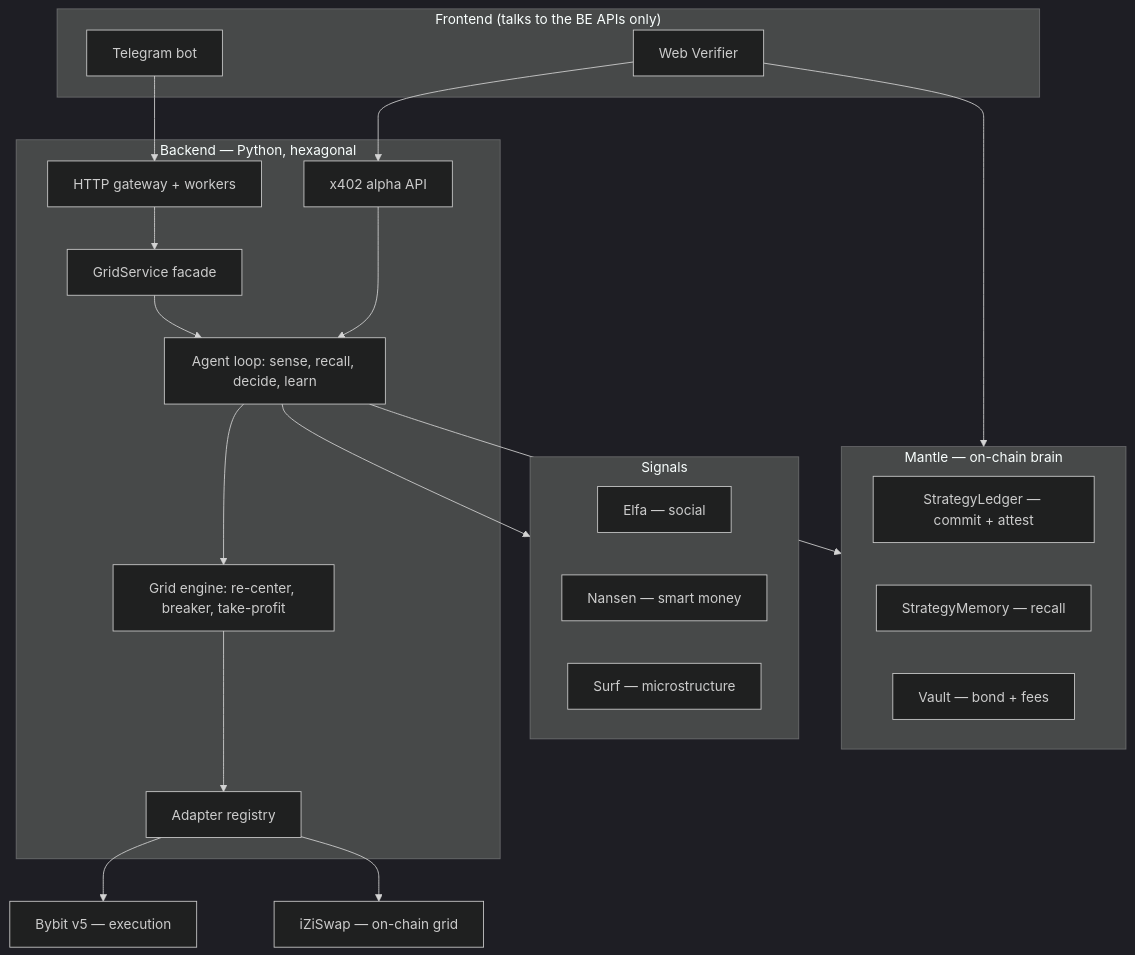
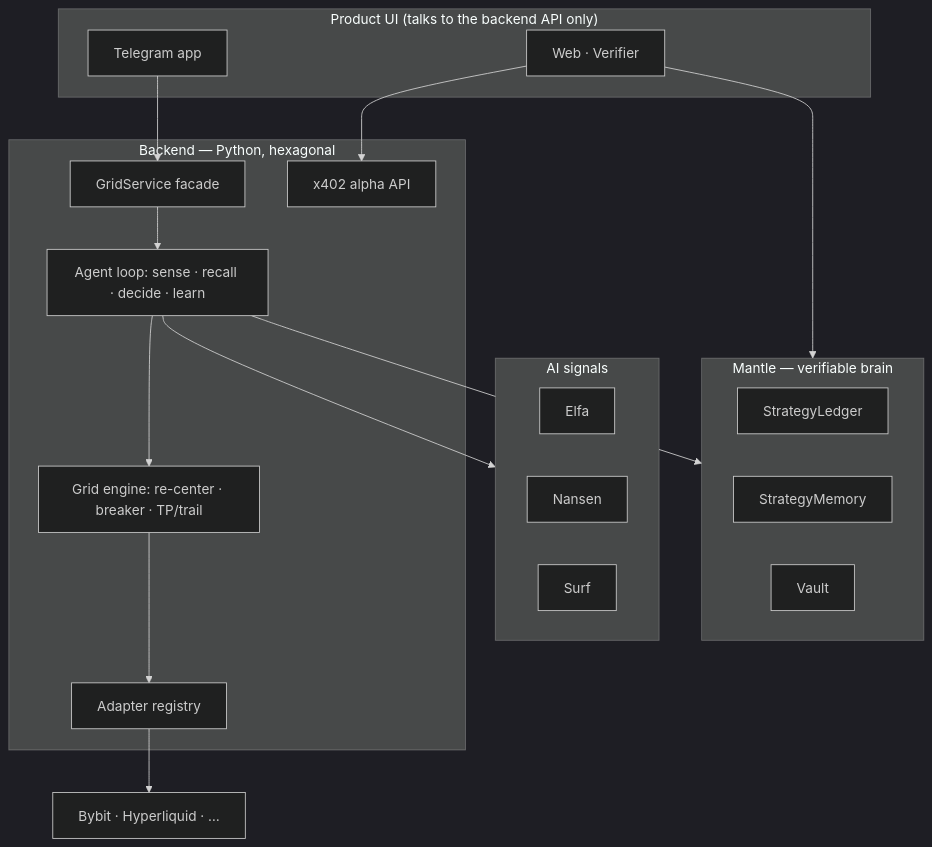
Before and after one commit to yeheskieltame/perps-agent: the diagram in README.md, drawn with Mermaid (dark theme). The commit also changed other lines of this file, not shown here.

First line of the commit message:
docs: rewrite README as a product-forward overview

````diff
--- a/README.md
+++ b/README.md
@@ -28,34 +104,25 @@
 ```mermaid
 flowchart TB
-  subgraph FE["Frontend (talks to the BE APIs only)"]
-    TG[Telegram bot]
-    WEB[Web Verifier]
+  subgraph FE["Product UI (talks to the backend API only)"]
+    TG[Telegram app]
+    WEB[Web · Verifier]
   end
   subgraph BE["Backend — Python, hexagonal"]
-    GW[HTTP gateway + workers]
-    SVC[GridService facade]
-    ALPHA[x402 alpha API]
-    AGENT["Agent loop: sense, recall, decide, learn"]
-    ENG["Grid engine: re-center, breaker, take-profit"]
+    SVC["GridService facade"]
+    AGENT["Agent loop: sense · recall · decide · learn"]
+    ENG["Grid engine: re-center · breaker · TP/trail"]
+    ALPHA["x402 alpha API"]
     REG[Adapter registry]
-    GW --> SVC --> AGENT --> ENG --> REG
+    SVC --> AGENT --> ENG --> REG
   end
-  subgraph SIG[Signals]
-    ELFA[Elfa — social]
-    NANSEN[Nansen — smart money]
-    SURF[Surf — microstructure]
+  subgraph SIG[AI signals]
+    ELFA[Elfa]; NANSEN[Nansen]; SURF[Surf]
   end
-  subgraph CHAIN["Mantle — on-chain brain"]
-    LEDGER[StrategyLedger — commit + attest]
-    MEM[StrategyMemory — recall]
-    VAULT[Vault — bond + fees]
+  subgraph CHAIN["Mantle — verifiable brain"]
+    LEDGER[StrategyLedger]; MEM[StrategyMemory]; VAULT[Vault]
   end
-  TG --> GW
-  WEB --> ALPHA
-  WEB --> CHAIN
-  AGENT --> SIG
-  AGENT --> CHAIN
-  ALPHA --> AGENT
-  REG --> BYBIT[Bybit v5 — execution]
-  REG --> DEX[iZiSwap — on-chain grid]
+  TG --> SVC
+  WEB --> ALPHA & CHAIN
+  AGENT --> SIG & CHAIN
+  REG --> BYBIT["Bybit · Hyperliquid · …"]
 ```
````
